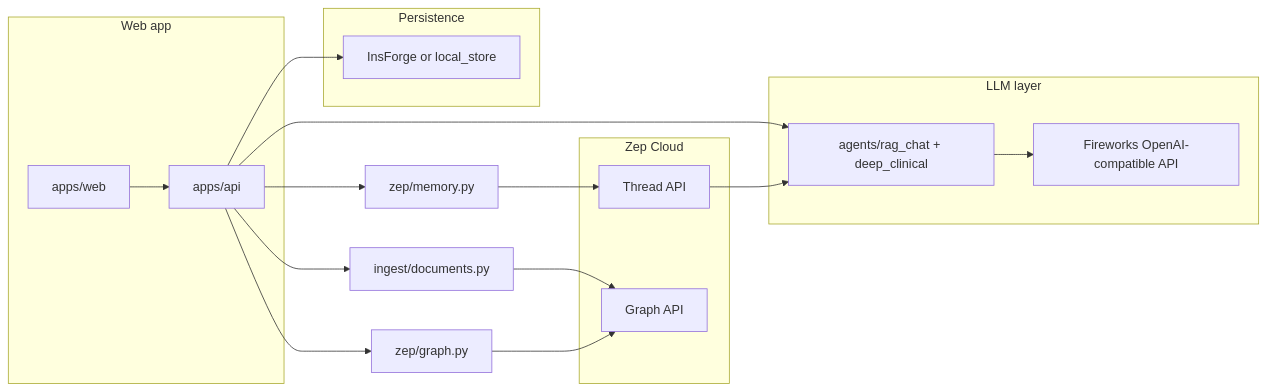
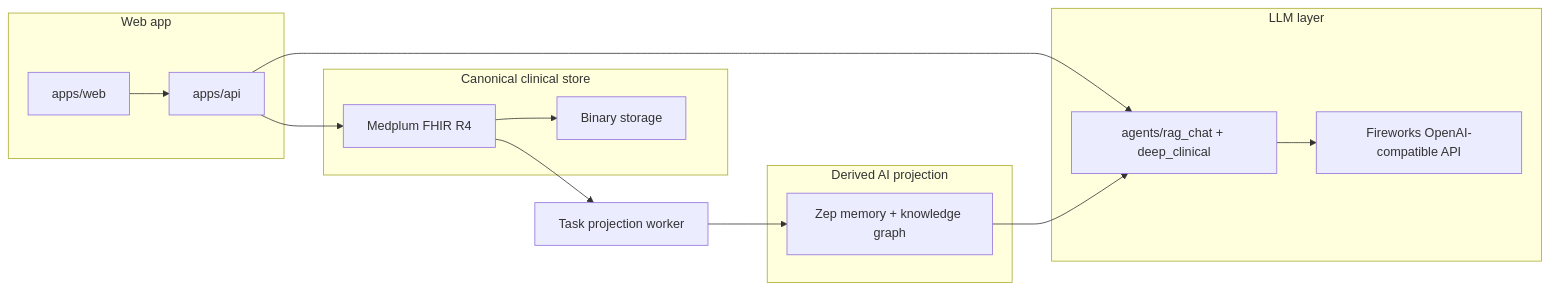
Before and after one commit to ayushozha/medtrace-previsit: the first of 3 diagrams in README.md, drawn with Mermaid. The commit also changed other lines of this file and 52 other files, not shown here.

Commit message:
Migrate clinical core to Medplum

````diff
--- a/README.md
+++ b/README.md
@@ -88,29 +99,26 @@
 ```mermaid
 flowchart LR
   subgraph ui [Web app]
     WEB[apps/web]
     API[apps/api]
   end
   subgraph llm [LLM layer]
     AG[agents/rag_chat + deep_clinical]
     FW[Fireworks OpenAI-compatible API]
   end
-  subgraph zep [Zep Cloud]
-    TH[Thread API]
-    GR[Graph API]
+  subgraph canonical [Canonical clinical store]
+    MP[Medplum FHIR R4]
+    BIN[Binary storage]
   end
-  subgraph persist [Persistence]
-    IF[InsForge or local_store]
+  subgraph derived [Derived AI projection]
+    ZEP[Zep memory + knowledge graph]
   end
   WEB --> API
   API --> AG
   AG --> FW
-  API --> ZM[zep/memory.py]
-  API --> ZG[zep/graph.py]
-  API --> DOC[ingest/documents.py]
-  API --> IF
-  ZM --> TH
-  DOC --> GR
-  ZG --> GR
-  TH --> AG
+  API --> MP
+  MP --> BIN
+  MP --> WORKER[Task projection worker]
+  WORKER --> ZEP
+  ZEP --> AG
 ```
````
